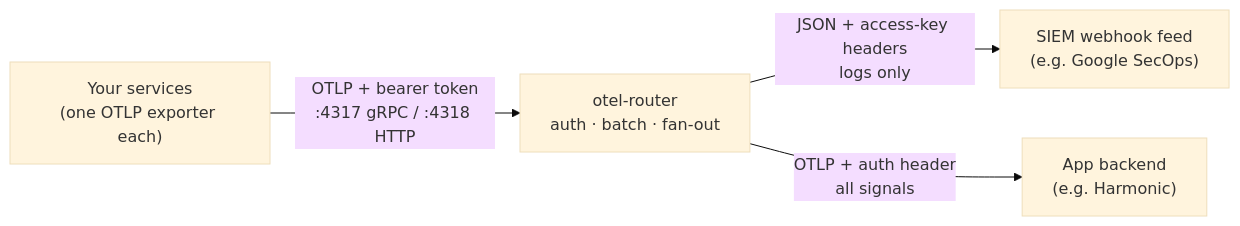
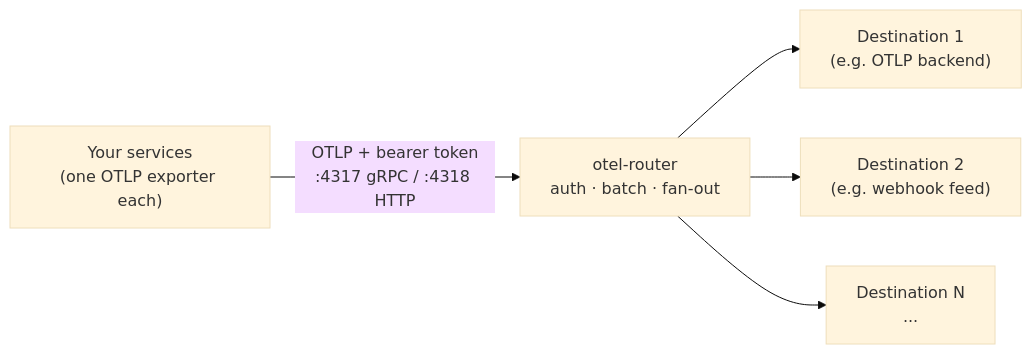
One commit to edmerrett/otel-router changed the diagram in README.md. Above: the diagram before and after it, drawn with Mermaid (base theme). The commit also changed other lines of this file and 16 other files, not shown here.

````diff
--- a/README.md
+++ b/README.md
@@ -89,6 +95,7 @@
 ```mermaid
 flowchart LR
     S["Your services<br/>(one OTLP exporter each)"] -- "OTLP + bearer token<br/>:4317 gRPC / :4318 HTTP" --> R["otel-router<br/>auth · batch · fan-out"]
-    R -- "JSON + access-key headers<br/>logs only" --> SIEM["SIEM webhook feed<br/>(e.g. Google SecOps)"]
-    R -- "OTLP + auth header<br/>all signals" --> APP["App backend<br/>(e.g. Harmonic)"]
+    R --> D1["Destination 1<br/>(e.g. OTLP backend)"]
+    R --> D2["Destination 2<br/>(e.g. webhook feed)"]
+    R --> D3["Destination N<br/>..."]
 ```
````
